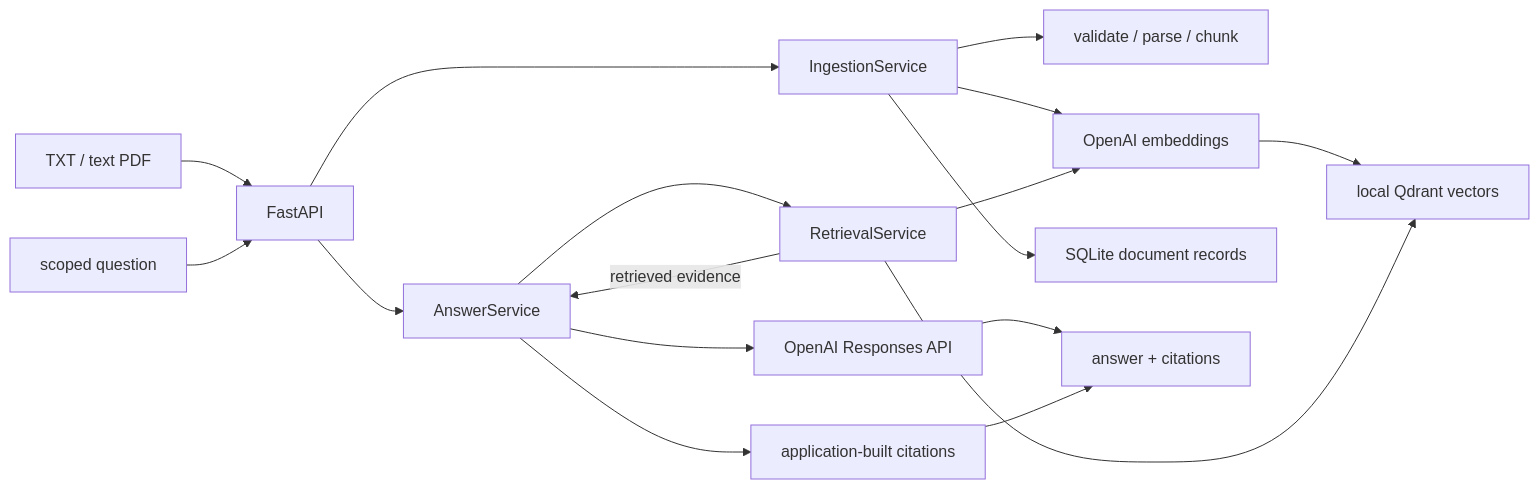
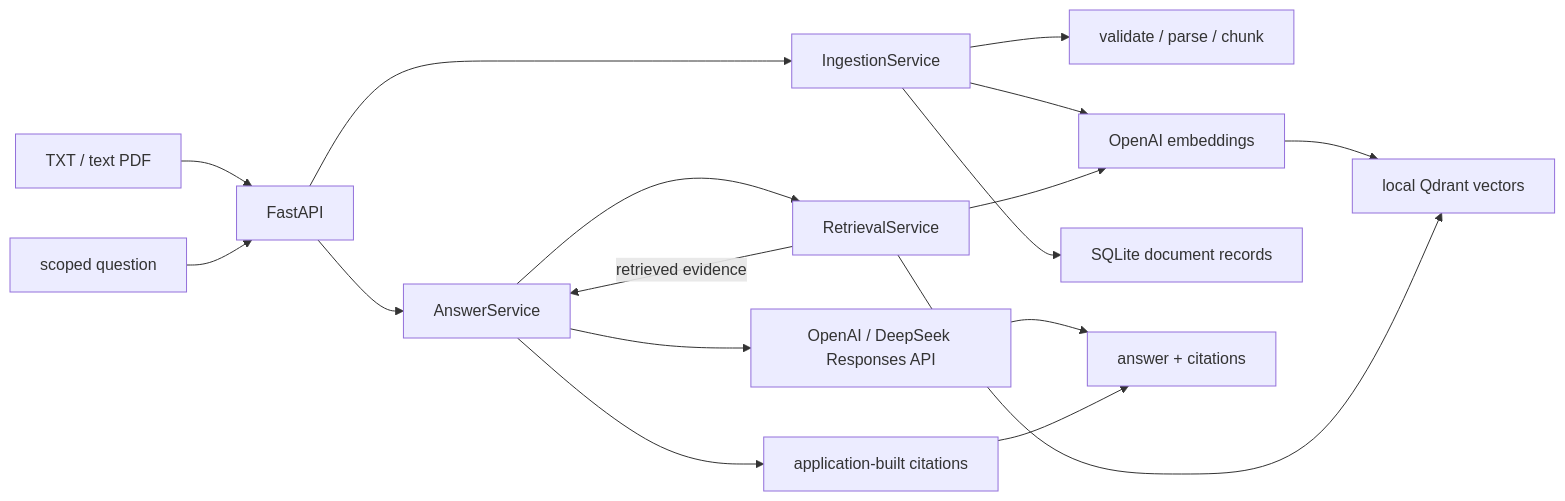
One commit to Conchlikewater/enterprise-knowledge-assistant changed the diagram in README.md. Above: the diagram before and after it, drawn with Mermaid. The commit also changed other lines of this file and 29 other files, not shown here.

````diff
--- a/README.md
+++ b/README.md
@@ -25,20 +29,20 @@
 ```mermaid
 flowchart LR
     U["TXT / text PDF"] --> API["FastAPI"]
     API --> ING["IngestionService"]
     ING --> DOC["validate / parse / chunk"]
     ING --> EMB["OpenAI embeddings"]
     ING --> SQL["SQLite document records"]
     EMB --> QD["local Qdrant vectors"]
 
     Q["scoped question"] --> API
     API --> ANS["AnswerService"]
     ANS --> RET["RetrievalService"]
     RET --> EMB
     RET --> QD
     RET -->|"retrieved evidence"| ANS
-    ANS --> LLM["OpenAI Responses API"]
+    ANS --> LLM["OpenAI / DeepSeek Responses API"]
     ANS --> CIT["application-built citations"]
     LLM --> OUT["answer + citations"]
     CIT --> OUT
 ```
````
